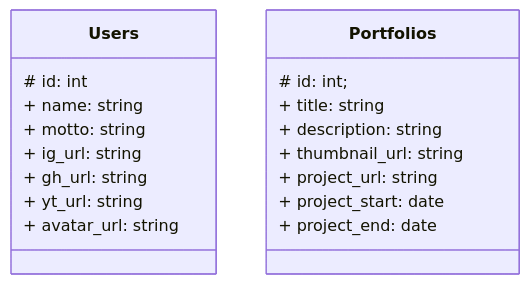
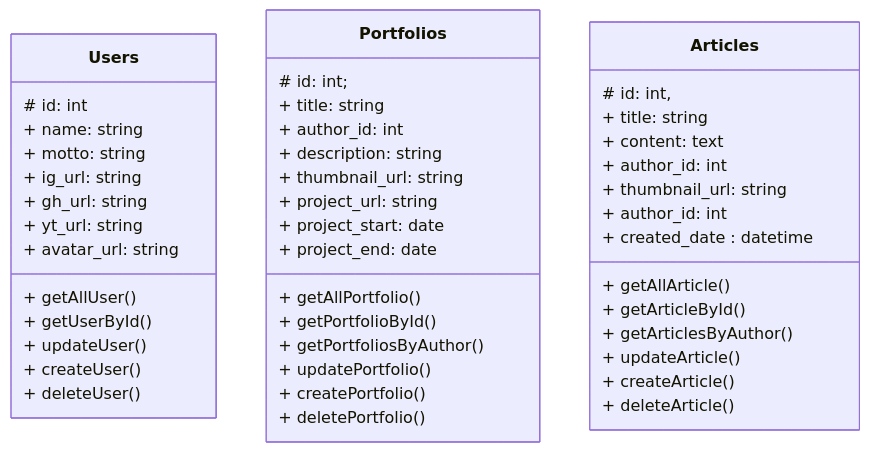
Before and after one commit to faridsurya/belajar: the diagram in tekweb/content/backend/5_studi_kasus_api_development.md, drawn with Mermaid. The commit also changed other lines of this file, not shown here.

````diff
--- a/tekweb/content/backend/5_studi_kasus_api_development.md
+++ b/tekweb/content/backend/5_studi_kasus_api_development.md
@@ -287,21 +338,48 @@
 ```mermaid
 classDiagram
     class Users{
         # id: int
         + name: string
         + motto: string
         + ig_url: string
         + gh_url: string
         + yt_url: string
         + avatar_url: string
+        + getAllUser()
+        + getUserById()
+        + updateUser()
+        + createUser()
+        + deleteUser()
     }
     class Portfolios{
         # id: int;
         + title: string
+        + author_id: int
         + description: string
         + thumbnail_url: string
         + project_url: string
         + project_start: date
         + project_end: date
+        + getAllPortfolio()
+        + getPortfolioById()
+        + getPortfoliosByAuthor()
+        + updatePortfolio()
+        + createPortfolio()
+        + deletePortfolio()
+    }
+    class Articles{
+        # id: int,
+        + title: string
+        + content: text
+        + author_id: int
+        + thumbnail_url: string
+        + author_id: int
+        + created_date : datetime 
+        + getAllArticle()
+        + getArticleById()
+        + getArticlesByAuthor()
+        + updateArticle()
+        + createArticle()
+        + deleteArticle()
     }
 ```
````
